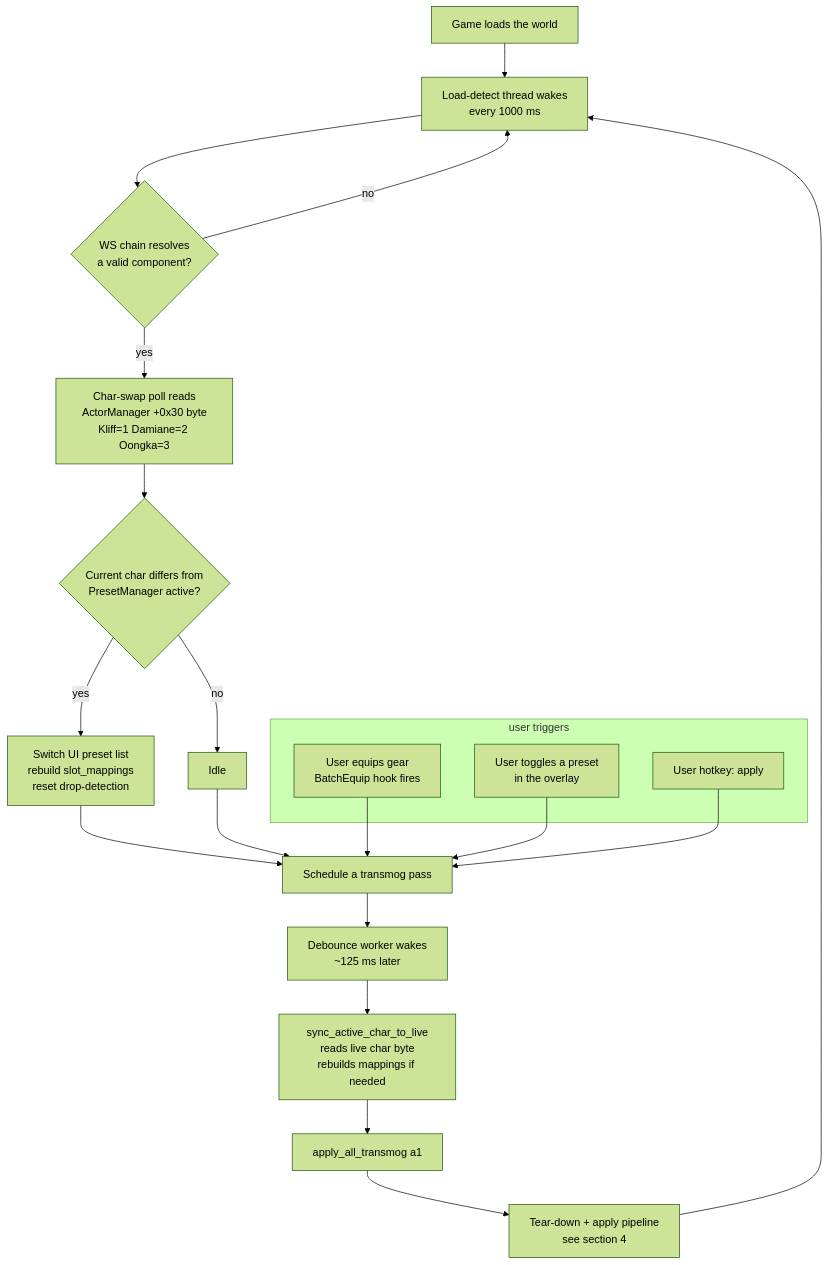
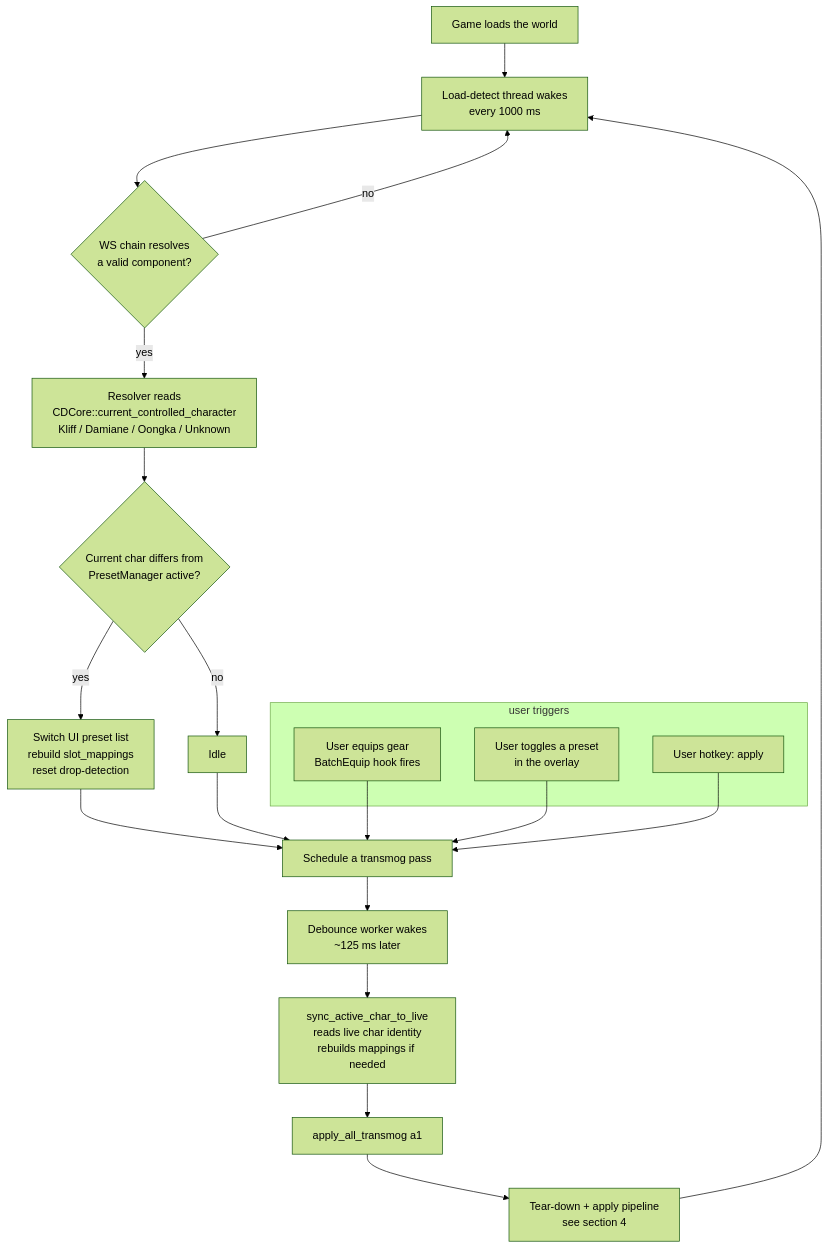
Before and after one commit to tkhquang/CrimsonDesertTools: the first of 3 diagrams in docs/research/live-transmog-architecture.md, drawn with Mermaid (forest theme). The commit also changed other lines of this file and 34 other files, not shown here.

````diff
--- a/docs/research/live-transmog-architecture.md
+++ b/docs/research/live-transmog-architecture.md
@@ -35,27 +45,27 @@
 ```mermaid
 flowchart TD
     A[Game loads the world] --> B[Load-detect thread wakes<br/>every 1000 ms]
     B --> C{WS chain resolves<br/>a valid component?}
     C -- no --> B
-    C -- yes --> D[Char-swap poll reads<br/>ActorManager +0x30 byte<br/>Kliff=1 Damiane=2 Oongka=3]
+    C -- yes --> D[Resolver reads<br/>CDCore::current_controlled_character<br/>Kliff / Damiane / Oongka / Unknown]
     D --> E{Current char differs from<br/>PresetManager active?}
     E -- yes --> F[Switch UI preset list<br/>rebuild slot_mappings<br/>reset drop-detection]
     E -- no --> G[Idle]
     F --> H[Schedule a transmog pass]
     G --> H
 
     subgraph userActions [user triggers]
         U1[User equips gear<br/>BatchEquip hook fires]
         U2[User toggles a preset<br/>in the overlay]
         U3[User hotkey: apply]
     end
     U1 --> H
     U2 --> H
     U3 --> H
 
     H --> W[Debounce worker wakes<br/>~125 ms later]
-    W --> X[sync_active_char_to_live<br/>reads live char byte<br/>rebuilds mappings if needed]
+    W --> X[sync_active_char_to_live<br/>reads live char identity<br/>rebuilds mappings if needed]
     X --> Y[apply_all_transmog a1]
     Y --> Z[Tear-down + apply pipeline<br/>see section 4]
     Z --> B
 ```
````
